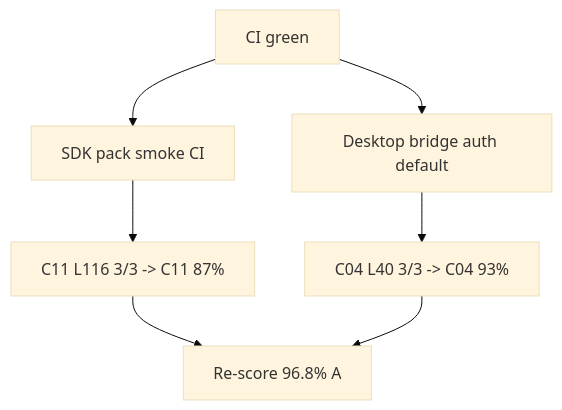
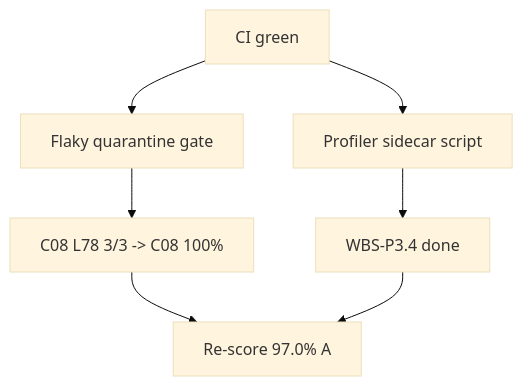
The diagram in docs/WORK_DAG.md (KooshaPari/Melosviz), drawn with Mermaid (base theme) before and after one commit. The commit also changed other lines of this file and 14 other files, not shown here.

First line of the commit message:
wave/p1m: flaky quarantine gate + profiler sidecar (97.0% A) (#153)

````diff
--- a/docs/WORK_DAG.md
+++ b/docs/WORK_DAG.md
@@ -5,9 +5,9 @@
 ```mermaid
 flowchart TD
-  A[CI green] --> B[SDK pack smoke CI]
-  A --> C[Desktop bridge auth default]
-  B --> D[C11 L116 3/3 -> C11 87%]
-  C --> E[C04 L40 3/3 -> C04 93%]
-  D --> F[Re-score 96.8% A]
+  A[CI green] --> B[Flaky quarantine gate]
+  A --> C[Profiler sidecar script]
+  B --> D[C08 L78 3/3 -> C08 100%]
+  C --> E[WBS-P3.4 done]
+  D --> F[Re-score 97.0% A]
   E --> F
 ```
````
